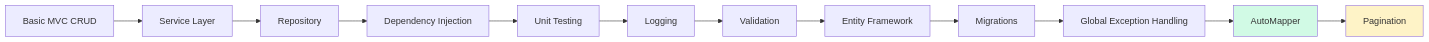
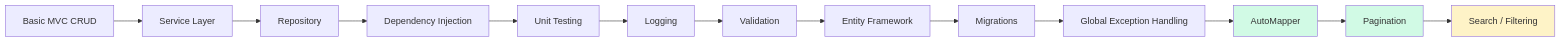
One commit to lemonwasp/dotnet-study changed the second of 5 diagrams in README.md. Above: the diagram before and after it, drawn with Mermaid. The commit also changed other lines of this file, not shown here.

````diff
--- a/README.md
+++ b/README.md
@@ -123,18 +116,20 @@
 ```mermaid
 flowchart LR
     A["Basic MVC CRUD"]
     --> B["Service Layer"]
     --> C["Repository"]
     --> D["Dependency Injection"]
     --> E["Unit Testing"]
     --> F["Logging"]
     --> G["Validation"]
     --> H["Entity Framework"]
     --> I["Migrations"]
     --> J["Global Exception Handling"]
     --> K["AutoMapper"]
     --> L["Pagination"]
+    --> M["Search / Filtering"]
 
     style K fill:#d1fae5
-    style L fill:#fef3c7
+    style L fill:#d1fae5
+    style M fill:#fef3c7
 ```
````
